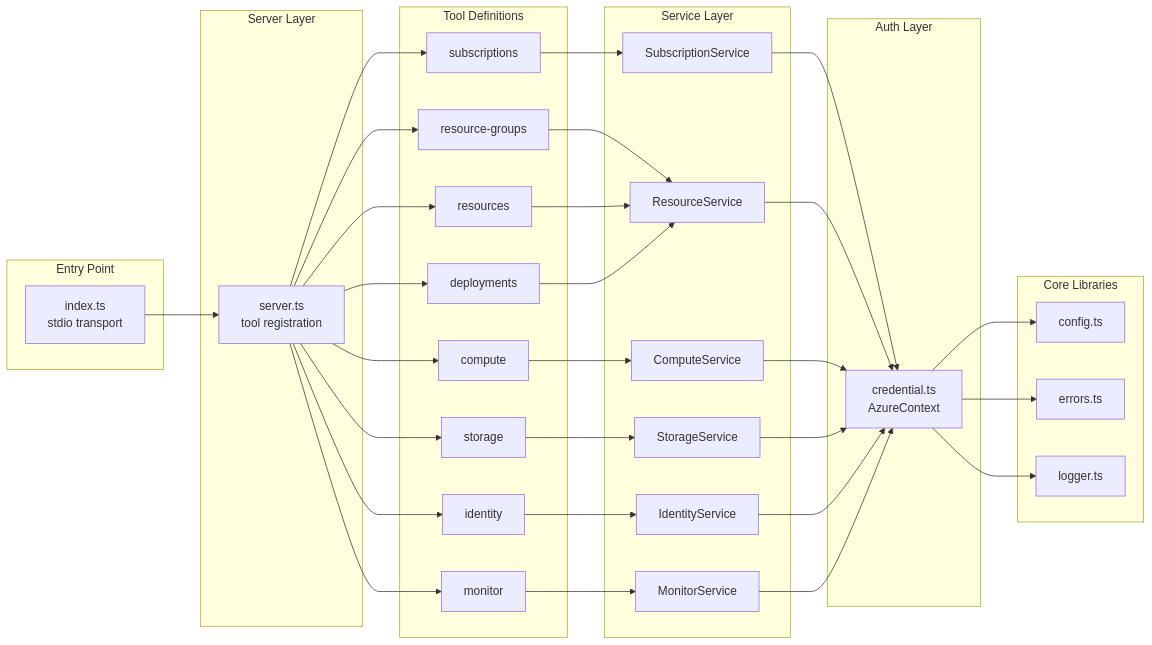
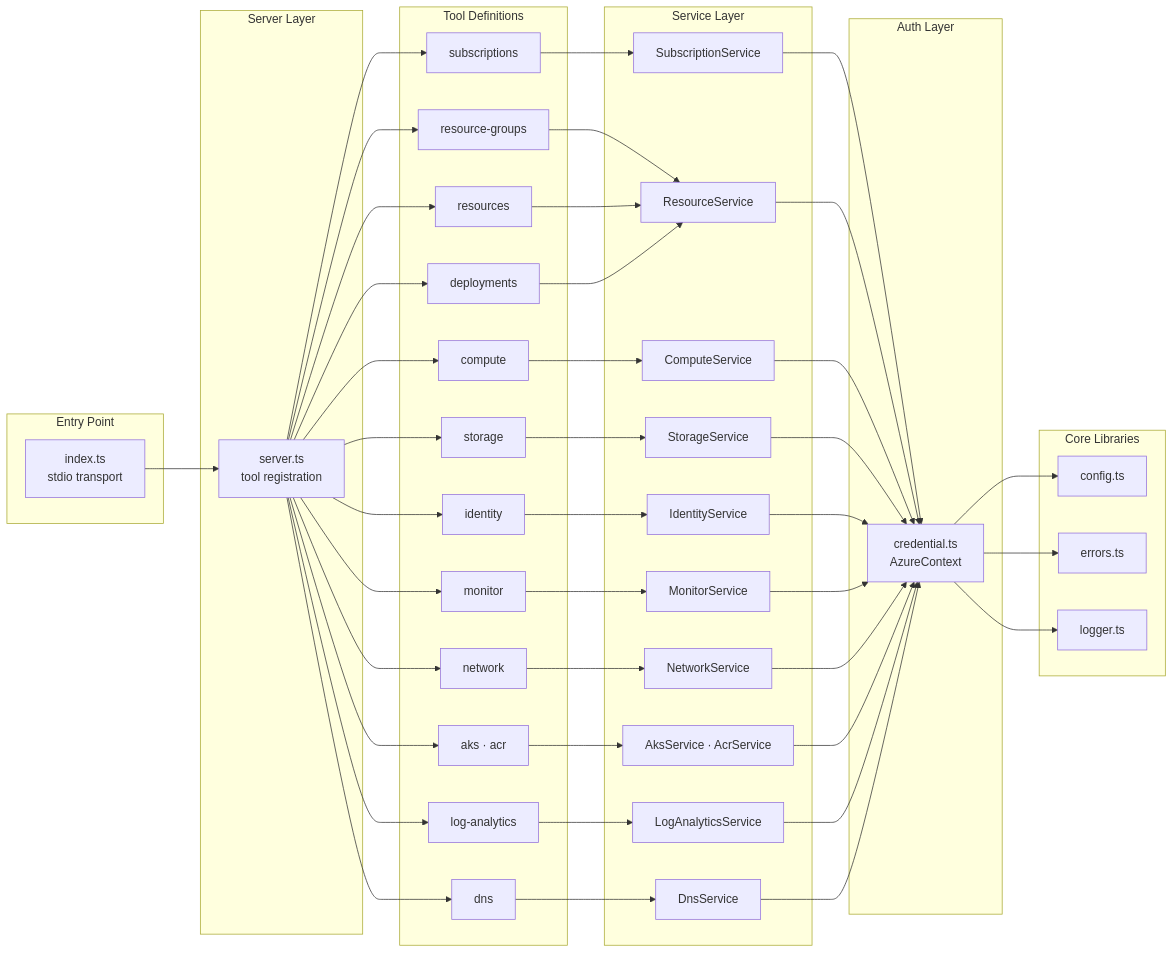
Before and after one commit to pxkundu/azure-observer-mcp: the second of 8 diagrams in ARCHITECTURE.md, drawn with Mermaid. The commit also changed other lines of this file and 19 other files, not shown here.

````diff
--- a/ARCHITECTURE.md
+++ b/ARCHITECTURE.md
@@ -48,51 +48,63 @@
 ```mermaid
 graph LR
     subgraph Entry["Entry Point"]
         IDX[index.ts<br/>stdio transport]
     end
 
     subgraph Server["Server Layer"]
         SRV[server.ts<br/>tool registration]
     end
 
     subgraph Tools["Tool Definitions"]
         T1[subscriptions]
         T2[resource-groups]
         T3[resources]
         T4[compute]
         T5[storage]
         T6[identity]
         T7[monitor]
         T8[deployments]
+        T9[network]
+        T10[aks · acr]
+        T11[log-analytics]
+        T12[dns]
     end
 
     subgraph Services["Service Layer"]
         S1[SubscriptionService]
         S2[ResourceService]
         S3[ComputeService]
         S4[StorageService]
         S5[IdentityService]
         S6[MonitorService]
+        S7[NetworkService]
+        S8[AksService · AcrService]
+        S9[LogAnalyticsService]
+        S10[DnsService]
     end
 
     subgraph Lib["Core Libraries"]
         CFG[config.ts]
         ERR[errors.ts]
         LOG[logger.ts]
     end
 
     subgraph Auth["Auth Layer"]
         CRED[credential.ts<br/>AzureContext]
     end
 
     IDX --> SRV
-    SRV --> T1 & T2 & T3 & T4 & T5 & T6 & T7 & T8
+    SRV --> T1 & T2 & T3 & T4 & T5 & T6 & T7 & T8 & T9 & T10 & T11 & T12
     T1 --> S1
     T2 & T3 & T8 --> S2
     T4 --> S3
     T5 --> S4
     T6 --> S5
     T7 --> S6
-    S1 & S2 & S3 & S4 & S5 & S6 --> CRED
+    T9 --> S7
+    T10 --> S8
+    T11 --> S9
+    T12 --> S10
+    S1 & S2 & S3 & S4 & S5 & S6 & S7 & S8 & S9 & S10 --> CRED
     CRED --> CFG & ERR & LOG
 ```
````
